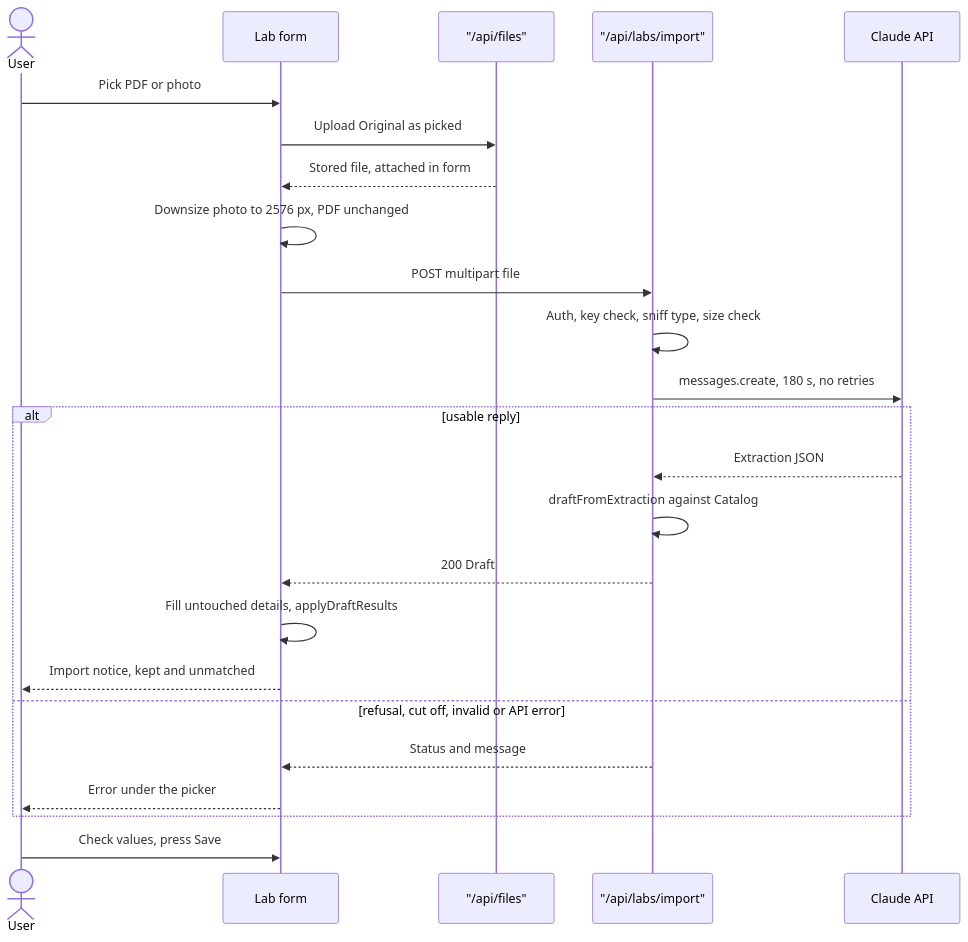
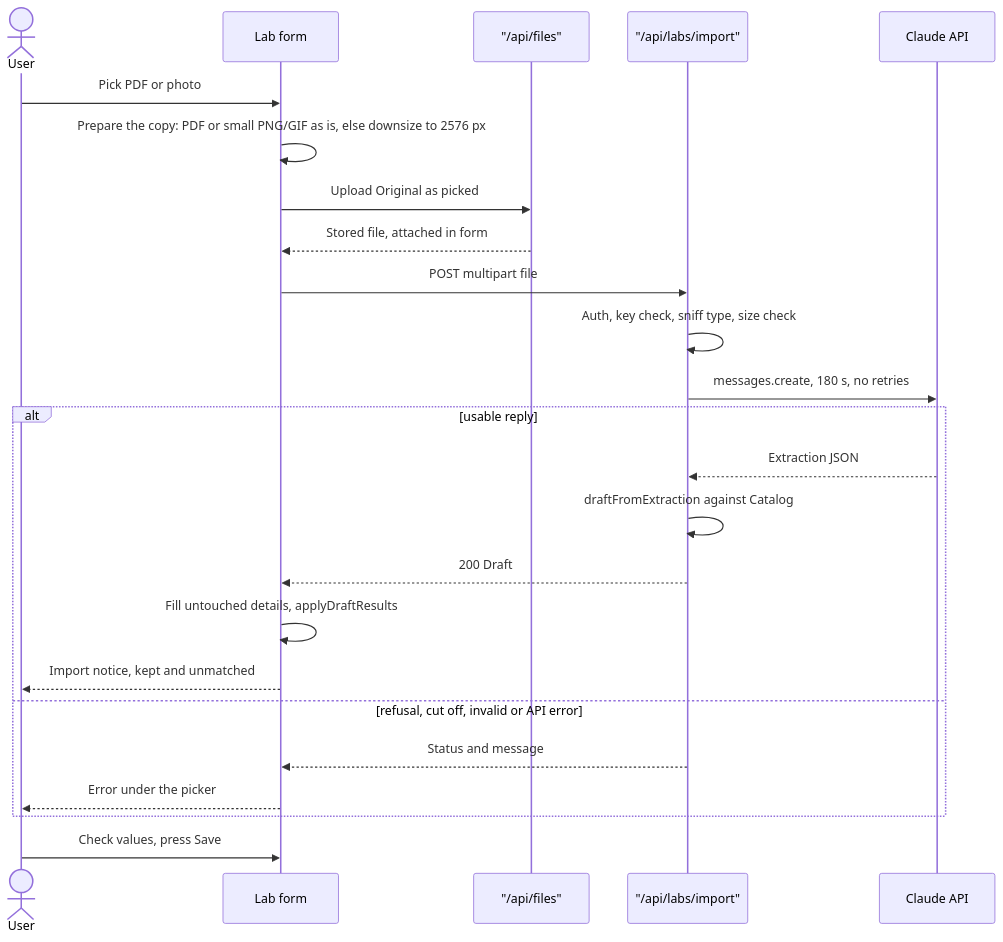
Before and after one commit to dpippenger/whiskerfile: the first of 2 diagrams in docs/specs/lab-document-import/spec.md, drawn with Mermaid. The commit also changed other lines of this file and 4 other files, not shown here.

````diff
--- a/docs/specs/lab-document-import/spec.md
+++ b/docs/specs/lab-document-import/spec.md
@@ -151,26 +151,26 @@
 ```mermaid
 sequenceDiagram
     actor U as User
     participant B as Lab form
     participant F as "/api/files"
     participant R as "/api/labs/import"
     participant C as Claude API
     U->>B: Pick PDF or photo
+    B->>B: Prepare the copy: PDF or small PNG/GIF as is, else downsize to 2576 px
     B->>F: Upload Original as picked
     F-->>B: Stored file, attached in form
-    B->>B: Downsize photo to 2576 px, PDF unchanged
     B->>R: POST multipart file
     R->>R: Auth, key check, sniff type, size check
     R->>C: messages.create, 180 s, no retries
     alt usable reply
         C-->>R: Extraction JSON
         R->>R: draftFromExtraction against Catalog
         R-->>B: 200 Draft
         B->>B: Fill untouched details, applyDraftResults
         B-->>U: Import notice, kept and unmatched
     else refusal, cut off, invalid or API error
         R-->>B: Status and message
         B-->>U: Error under the picker
     end
     U->>B: Check values, press Save
 ```
````
